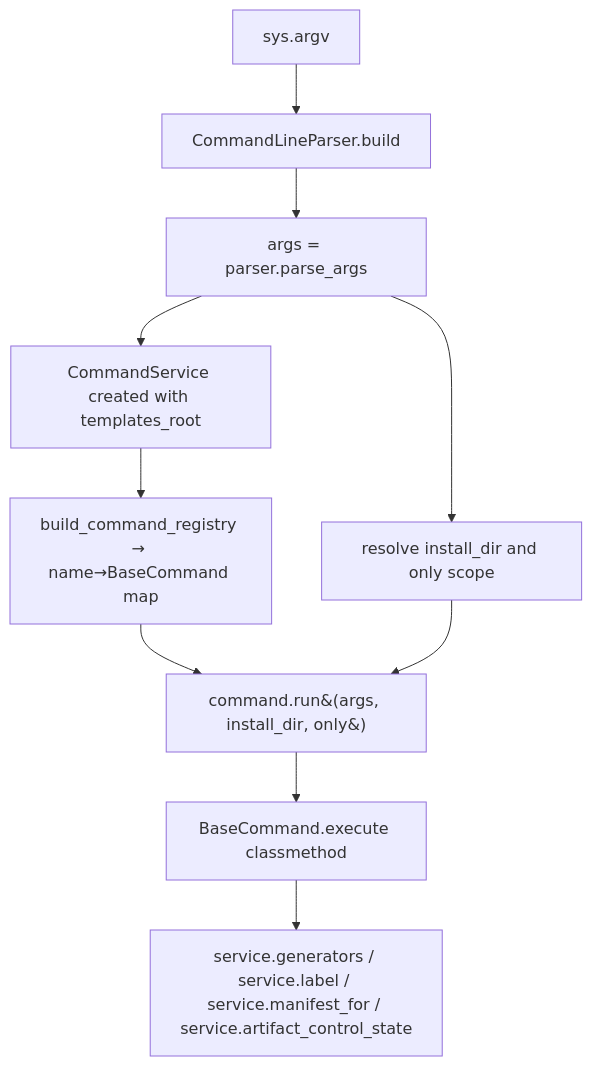
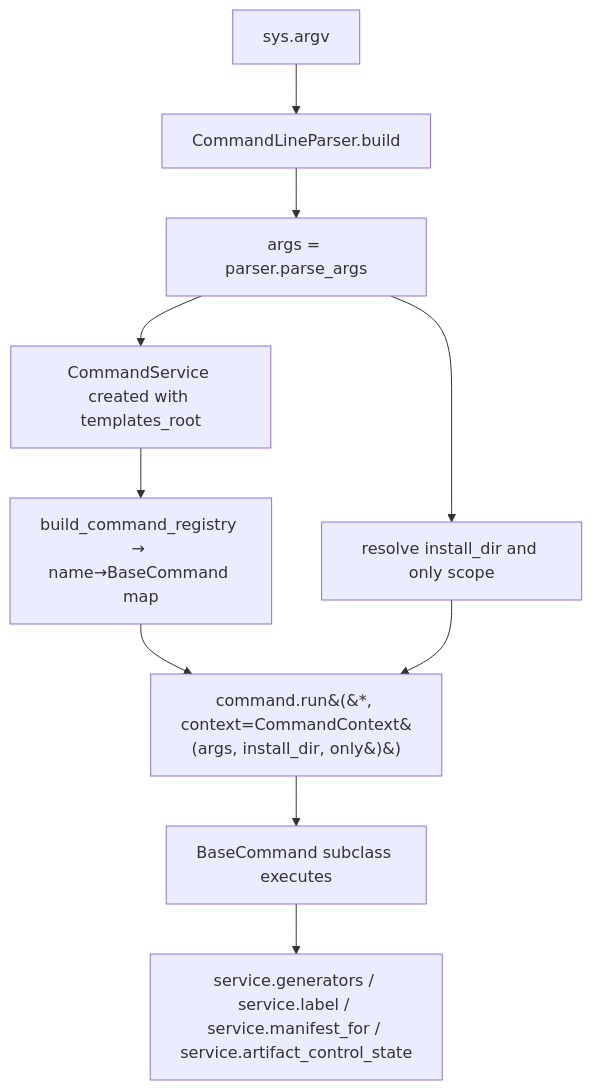
One commit to eschaar/vstack changed the third of 3 diagrams in docs/design/design.md. Above: the diagram before and after it, drawn with Mermaid. The commit also changed other lines of this file and 7 other files, not shown here.

Commit message:
chore(docs): fix BaseCommand signature, model type, role assignments, and contributor workflow

````diff
--- a/docs/design/design.md
+++ b/docs/design/design.md
@@ -642,12 +640,12 @@
 ```mermaid
 flowchart TD
   A[sys.argv] --> B[CommandLineParser.build]
   B --> C[args = parser.parse_args]
   C --> D[CommandService created with templates_root]
   D --> E[build_command_registry → name→BaseCommand map]
   C --> F[resolve install_dir and only scope]
-  E --> G[command.run&#40;args, install_dir, only&#41;]
+  E --> G[command.run&#40;&#42;, context=CommandContext&#40;args, install_dir, only&#41;&#41;]
   F --> G
-  G --> H[BaseCommand.execute classmethod]
+  G --> H[BaseCommand subclass executes]
   H --> I[service.generators / service.label / service.manifest_for / service.artifact_control_state]
 ```
````
